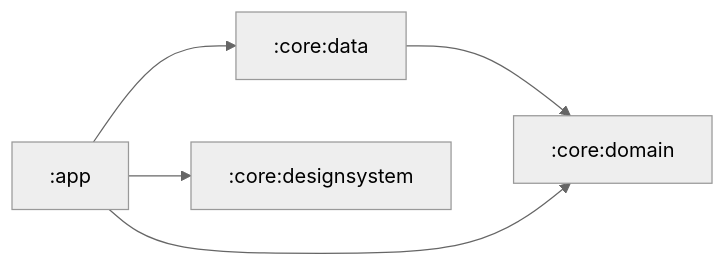
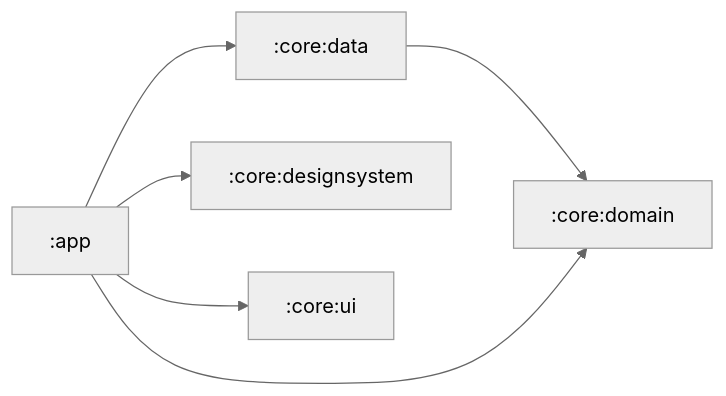
One commit to farzadazimipour/custorix-android changed the diagram in README.md. Above: the diagram before and after it, drawn with Mermaid. The commit also changed 5 other files, not shown here.

````diff
--- a/README.md
+++ b/README.md
@@ -23,13 +23,14 @@
 ```mermaid
 %%{
   init: {
     'theme': 'neutral'
   }
 }%%
 
 graph LR
   :core:data --> :core:domain
   :app --> :core:domain
   :app --> :core:data
   :app --> :core:designsystem
+  :app --> :core:ui
 ```
````
